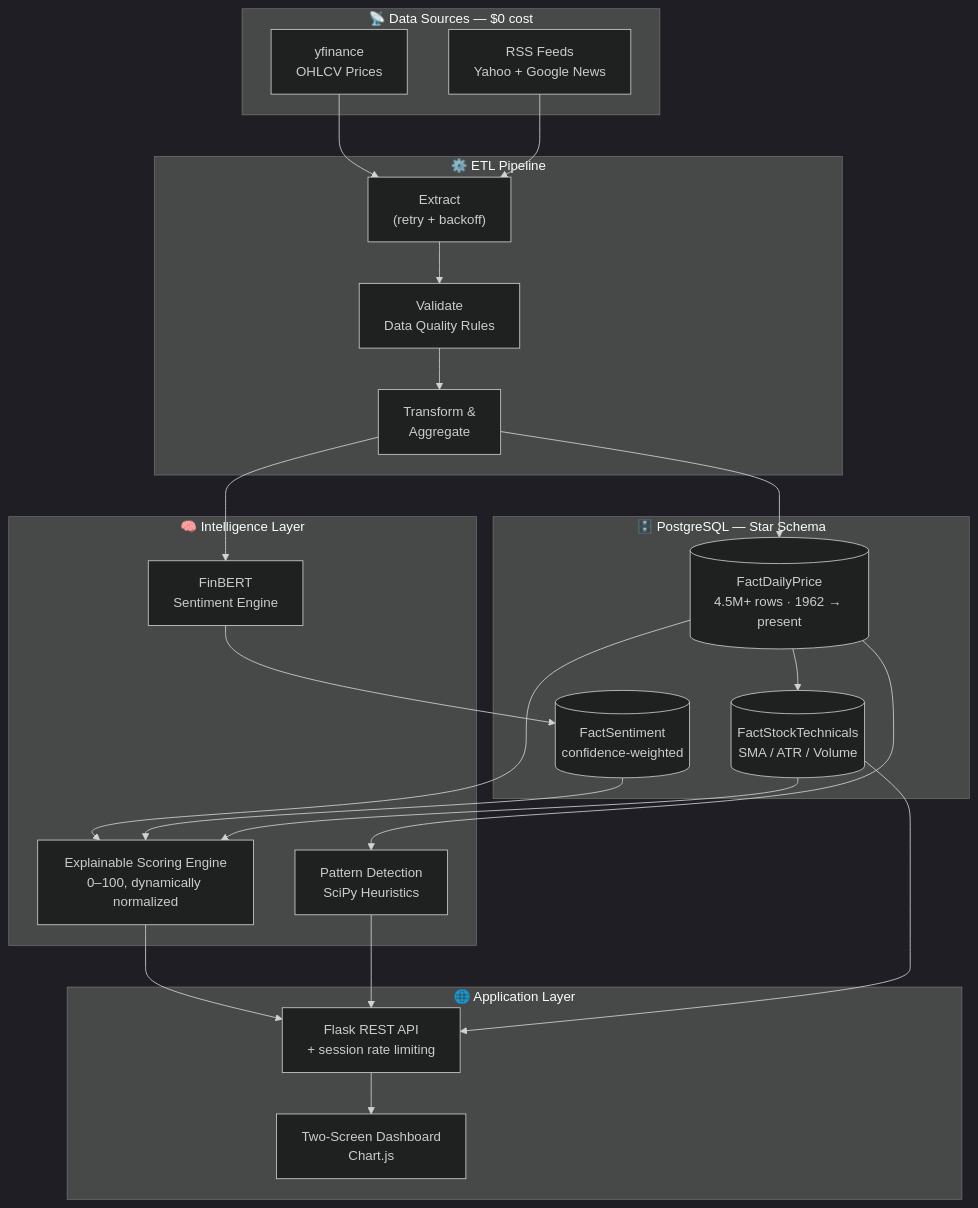
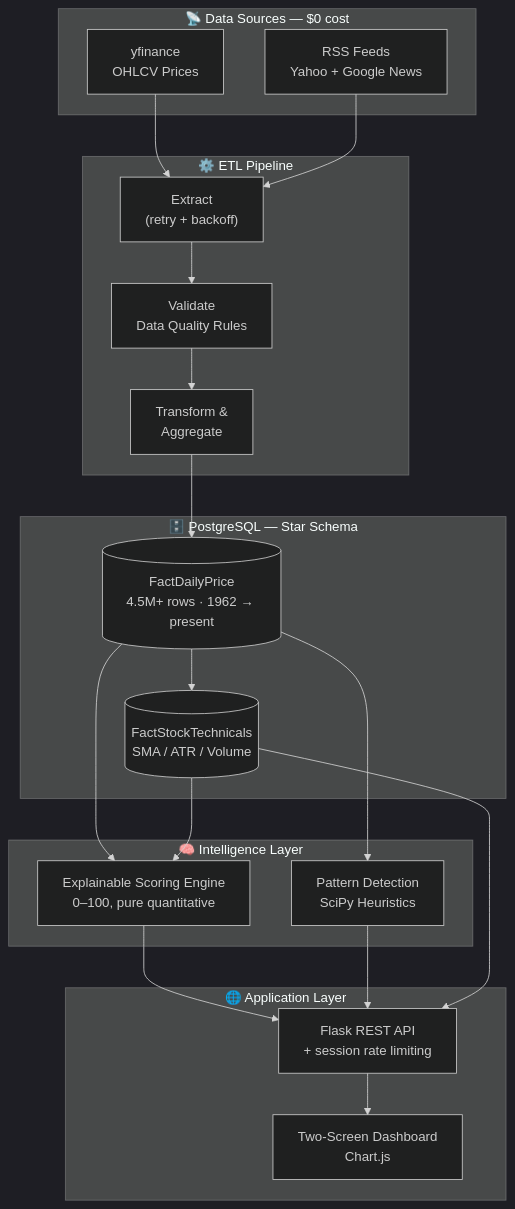
The first of 2 diagrams in README.md (Liormym/MarketPulse-BI), drawn with Mermaid (dark theme) before and after one commit. The commit also changed other lines of this file and 65 other files, not shown here.

````diff
--- a/README.md
+++ b/README.md
@@ -49,45 +48,41 @@
 ```mermaid
 flowchart TD
     subgraph Sources["📡 Data Sources — $0 cost"]
         YF["yfinance<br/>OHLCV Prices"]
         RSS["RSS Feeds<br/>Yahoo + Google News"]
     end
 
     subgraph Pipeline["⚙️ ETL Pipeline"]
         EX["Extract<br/>(retry + backoff)"]
         VAL["Validate<br/>Data Quality Rules"]
         TR["Transform &<br/>Aggregate"]
     end
 
     subgraph AI["🧠 Intelligence Layer"]
-        FB["FinBERT<br/>Sentiment Engine"]
-        SCORE["Explainable Scoring Engine<br/>0–100, dynamically normalized"]
+        SCORE["Explainable Scoring Engine<br/>0–100, pure quantitative"]
         PAT["Pattern Detection<br/>SciPy Heuristics"]
     end
 
     subgraph DB["🗄️ PostgreSQL — Star Schema"]
         FACT[("FactDailyPrice<br/>4.5M+ rows · 1962 → present")]
-        SENT[("FactSentiment<br/>confidence-weighted")]
         TECH[("FactStockTechnicals<br/>SMA / ATR / Volume")]
     end
 
     subgraph App["🌐 Application Layer"]
         API["Flask REST API<br/>+ session rate limiting"]
         UI["Two-Screen Dashboard<br/>Chart.js"]
     end
 
     YF --> EX
     RSS --> EX
     EX --> VAL --> TR
     TR --> FACT
-    TR --> FB --> SENT
     FACT --> TECH
     FACT --> SCORE
-    SENT --> SCORE
     TECH --> SCORE
     FACT --> PAT
     SCORE --> API
     PAT --> API
     TECH --> API
     API --> UI
 ```
````
